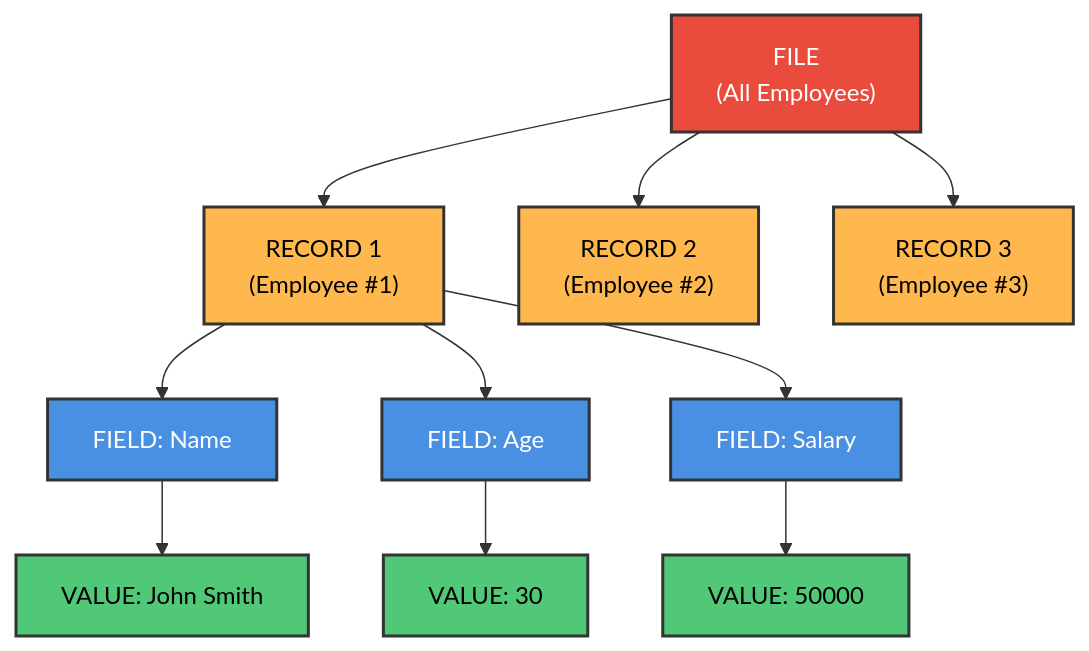
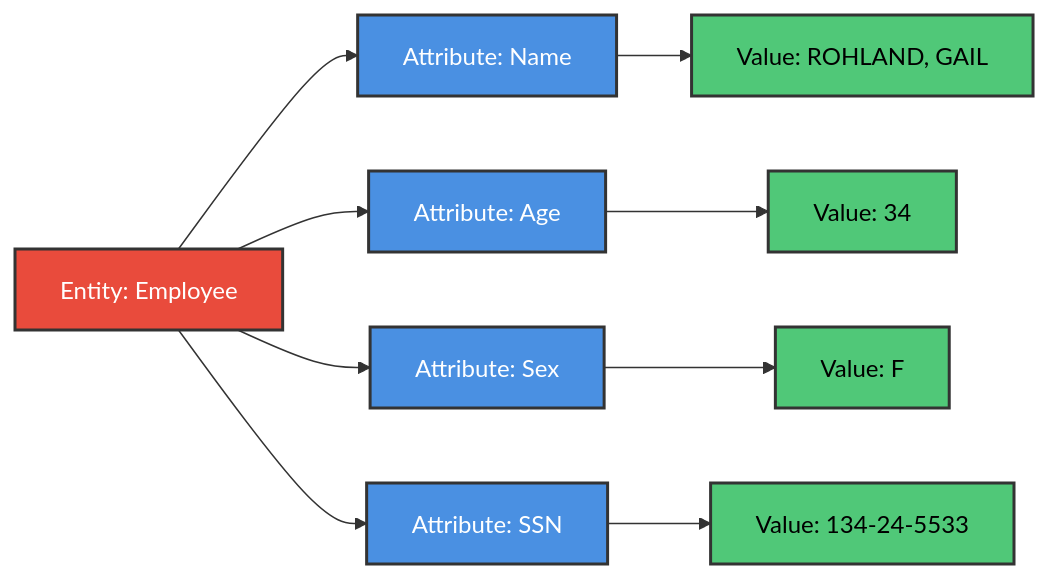
Before and after one commit to M-F-Tushar/CSE-2101-Data-Structure: the third of 29 diagrams in Chapter 1 - Introduction and Overview/README.md, drawn with Mermaid. The commit also changed other lines of this file, not shown here.

````diff
--- a/Chapter 1 - Introduction and Overview/README.md
+++ b/Chapter 1 - Introduction and Overview/README.md
@@ -163,25 +89,22 @@
 ```mermaid
-graph TD
-    A["FILE<br/>(All Employees)"] --> B["RECORD 1<br/>(Employee #1)"]
-    A --> C["RECORD 2<br/>(Employee #2)"]
-    A --> D["RECORD 3<br/>(Employee #3)"]
+graph LR
+    A["Entity: Employee"] --> B["Attribute: Name"]
+    A --> C["Attribute: Age"]
+    A --> D["Attribute: Sex"]
+    A --> E["Attribute: SSN"]
     
-    B --> E["FIELD: Name"]
-    B --> F["FIELD: Age"]
-    B --> G["FIELD: Salary"]
-    
-    E --> H["VALUE: John Smith"]
-    F --> I["VALUE: 30"]
-    G --> J["VALUE: 50000"]
+    B --> F["Value: ROHLAND, GAIL"]
+    C --> G["Value: 34"]
+    D --> H["Value: F"]
+    E --> I["Value: 134-24-5533"]
     
     style A fill:#E94B3C,stroke:#333,stroke-width:2px,color:#fff
-    style B fill:#FFB84D,stroke:#333,stroke-width:2px,color:#000
-    style C fill:#FFB84D,stroke:#333,stroke-width:2px,color:#000
-    style D fill:#FFB84D,stroke:#333,stroke-width:2px,color:#000
+    style B fill:#4A90E2,stroke:#333,stroke-width:2px,color:#fff
+    style C fill:#4A90E2,stroke:#333,stroke-width:2px,color:#fff
+    style D fill:#4A90E2,stroke:#333,stroke-width:2px,color:#fff
     style E fill:#4A90E2,stroke:#333,stroke-width:2px,color:#fff
-    style F fill:#4A90E2,stroke:#333,stroke-width:2px,color:#fff
-    style G fill:#4A90E2,stroke:#333,stroke-width:2px,color:#fff
+    style F fill:#50C878,stroke:#333,stroke-width:2px,color:#000
+    style G fill:#50C878,stroke:#333,stroke-width:2px,color:#000
     style H fill:#50C878,stroke:#333,stroke-width:2px,color:#000
     style I fill:#50C878,stroke:#333,stroke-width:2px,color:#000
-    style J fill:#50C878,stroke:#333,stroke-width:2px,color:#000
 ```
````
